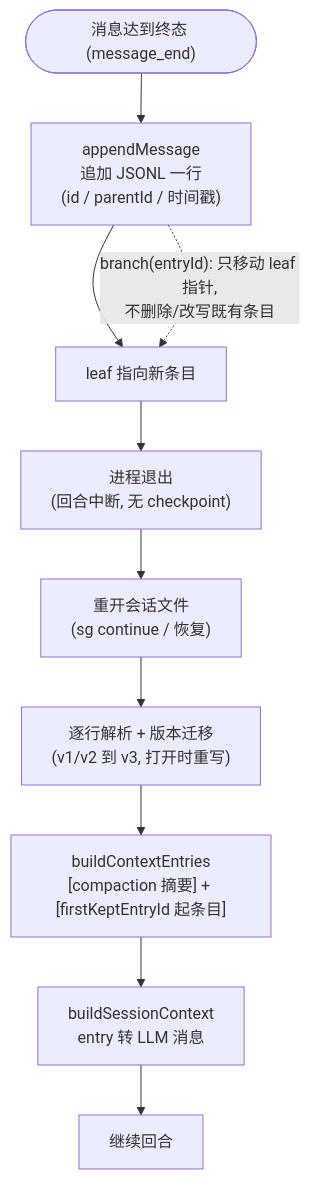
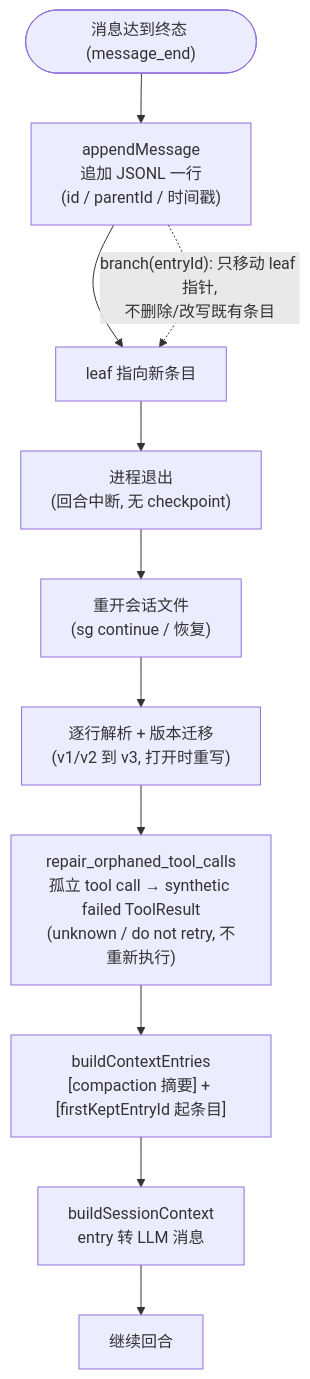
One commit to qjcnmd/singularity-agent changed the fifth of 8 diagrams in docs/singularity.md. Above: the diagram before and after it, drawn with Mermaid. The commit also changed other lines of this file and 5 other files, not shown here.

````diff
--- a/docs/singularity.md
+++ b/docs/singularity.md
@@ -154,12 +156,13 @@
 ```mermaid
 flowchart TD
     A(["消息达到终态 (message_end)"]) --> B["appendMessage<br/>追加 JSONL 一行<br/>(id / parentId / 时间戳)"]
     B --> C["leaf 指向新条目"]
     C --> D["进程退出<br/>(回合中断, 无 checkpoint)"]
     D --> E["重开会话文件<br/>(sg continue / 恢复)"]
     E --> F["逐行解析 + 版本迁移<br/>(v1/v2 到 v3, 打开时重写)"]
-    F --> G["buildContextEntries<br/>[compaction 摘要] + [firstKeptEntryId 起条目]"]
+    F --> F2["repair_orphaned_tool_calls<br/>孤立 tool call → synthetic failed ToolResult<br/>(unknown / do not retry, 不重新执行)"]
+    F2 --> G["buildContextEntries<br/>[compaction 摘要] + [firstKeptEntryId 起条目]"]
     G --> H["buildSessionContext<br/>entry 转 LLM 消息"]
     H --> I["继续回合"]
     B -. "branch(entryId): 只移动 leaf 指针,<br/>不删除/改写既有条目" .-> C
 ```
````
